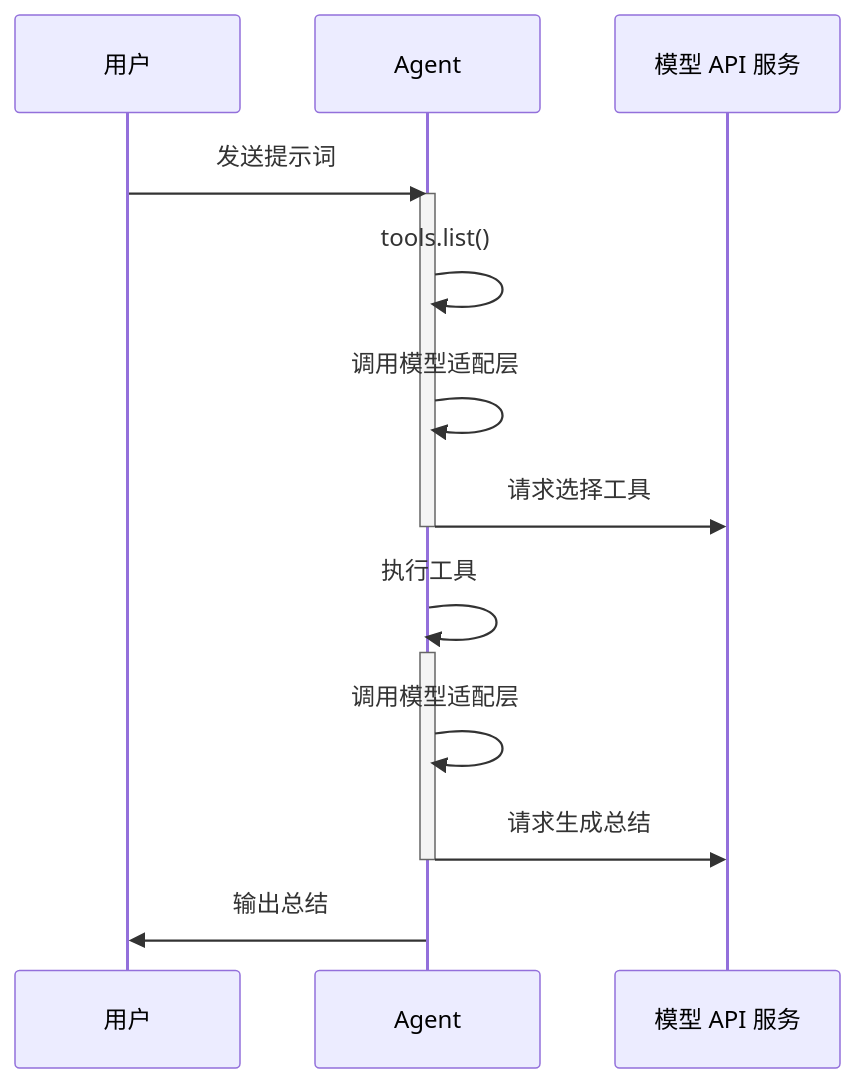
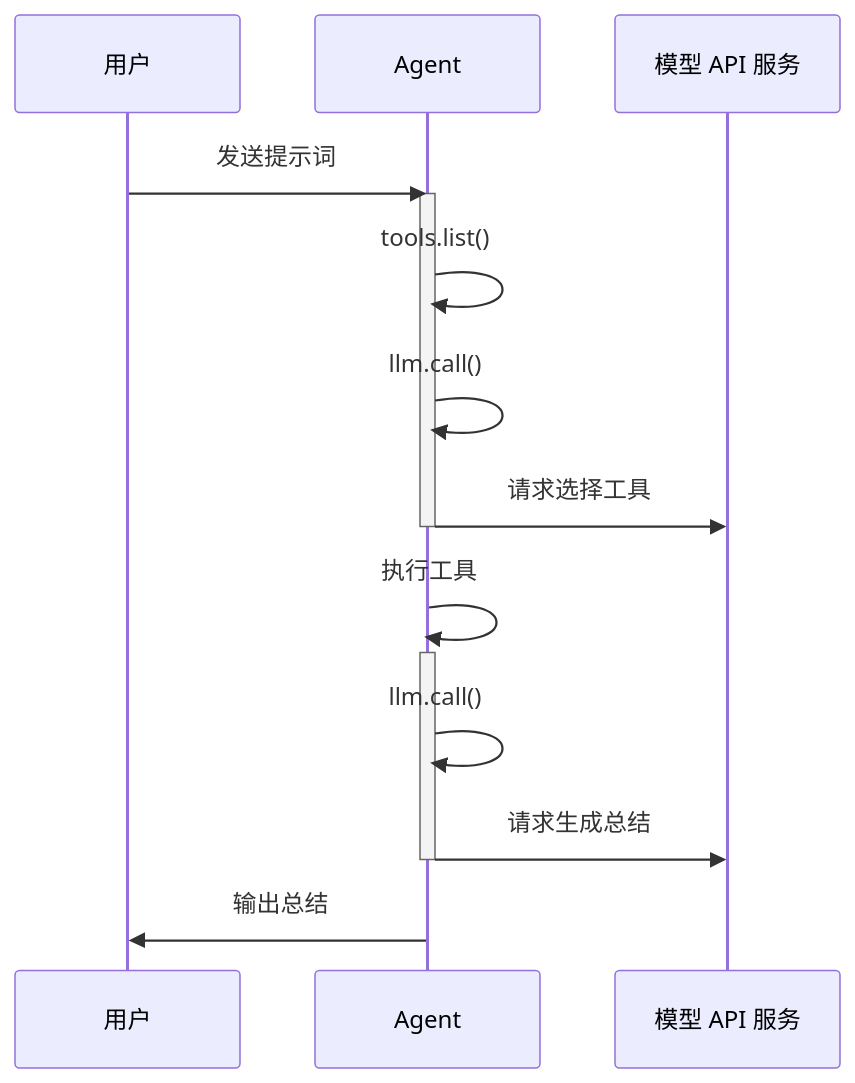
Before and after one commit to maozy13/walle: the second of 2 diagrams in design/architecture.md, drawn with Mermaid. The commit also changed other lines of this file and 12 other files, not shown here.

````diff
--- a/design/architecture.md
+++ b/design/architecture.md
@@ -28,24 +44,24 @@
 ```mermaid
 sequenceDiagram
 
 participant User as 用户
 participant Agent
 participant API as 模型 API 服务
 
 User ->> Agent: 发送提示词
 
 activate Agent
   Agent ->> Agent: tools.list()
-  Agent ->> Agent: 调用模型适配层
+  Agent ->> Agent: llm.call()
   Agent ->> API: 请求选择工具
 deactivate Agent
 
 Agent ->> Agent: 执行工具
 
 activate Agent
-  Agent ->> Agent: 调用模型适配层
+  Agent ->> Agent: llm.call()
   Agent ->> API: 请求生成总结
 deactivate Agent
 
 Agent ->> User: 输出总结
 ```
````
